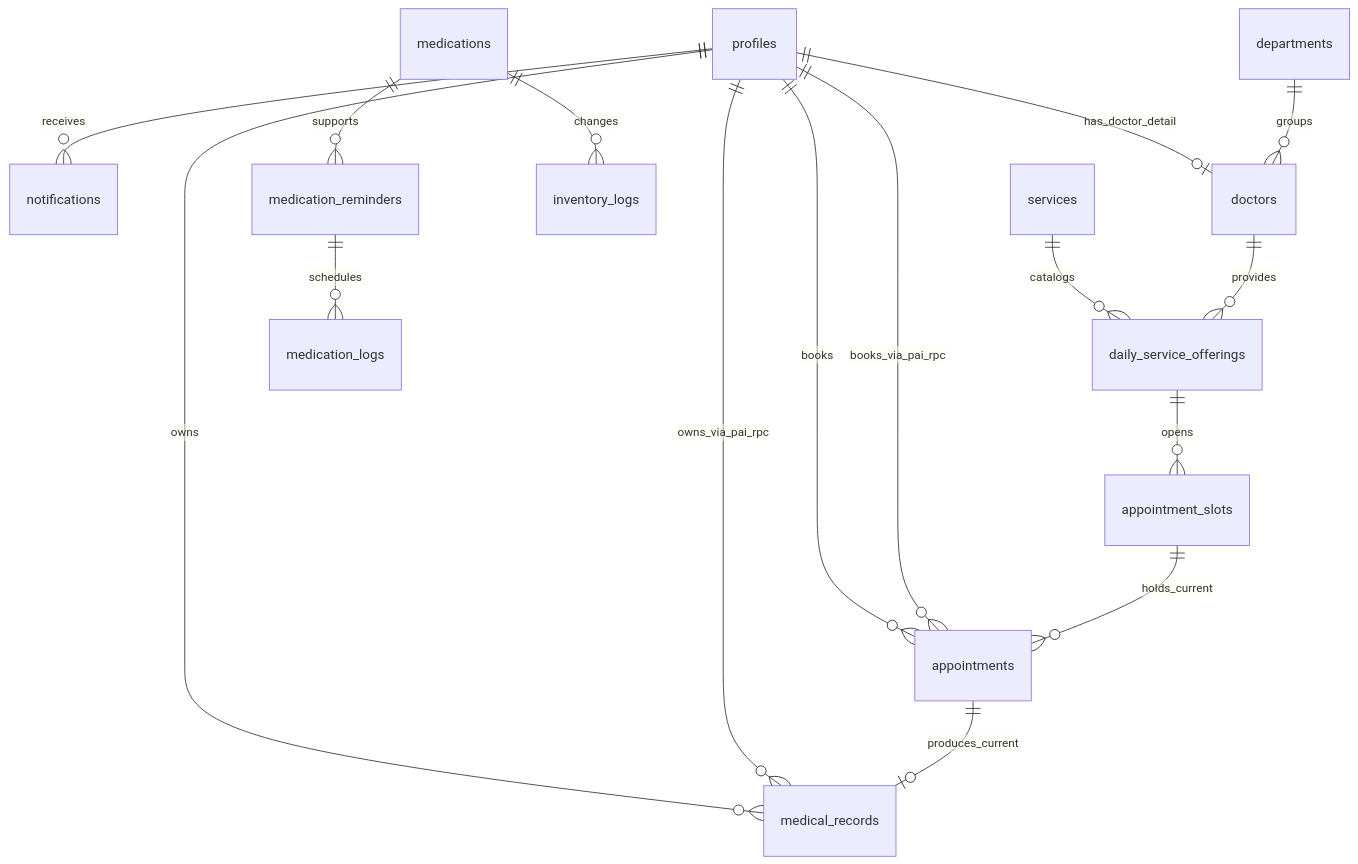
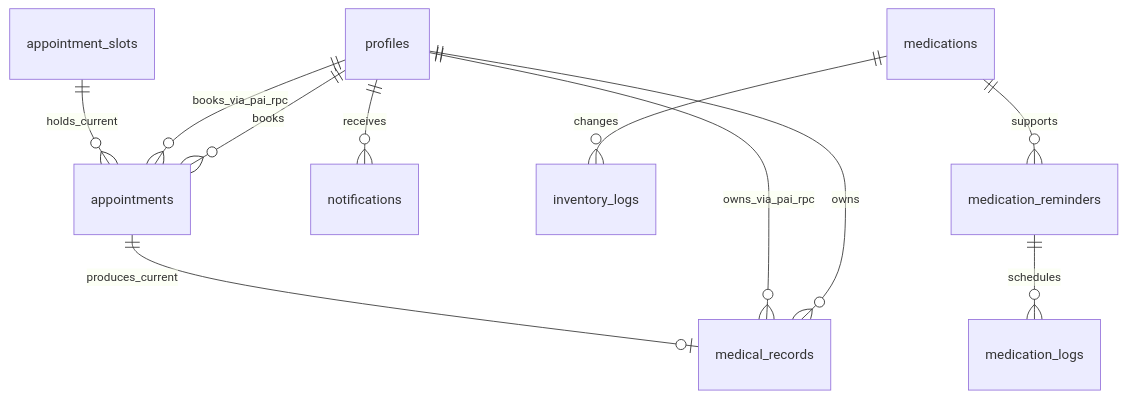
One commit to Supot77/UniClinic-App changed the diagram in docs/03_database_design_and_er.md. Above: the diagram before and after it, drawn with Mermaid. The commit also changed other lines of this file and 23 other files, not shown here.

Commit message:
refactor: remove weekly scheduling and document manual batch flow

````diff
--- a/docs/03_database_design_and_er.md
+++ b/docs/03_database_design_and_er.md
@@ -82,18 +78,13 @@
 ```mermaid
 erDiagram
     profiles ||--o{ appointments : books
     profiles ||--o{ medical_records : owns
     profiles ||--o{ appointments : books_via_pai_rpc
     profiles ||--o{ medical_records : owns_via_pai_rpc
     profiles ||--o{ notifications : receives
-    profiles ||--o| doctors : has_doctor_detail
-    departments ||--o{ doctors : groups
-    services ||--o{ daily_service_offerings : catalogs
-    doctors ||--o{ daily_service_offerings : provides
-    daily_service_offerings ||--o{ appointment_slots : opens
     appointment_slots ||--o{ appointments : holds_current
     appointments ||--o| medical_records : produces_current
     medications ||--o{ inventory_logs : changes
     medications ||--o{ medication_reminders : supports
     medication_reminders ||--o{ medication_logs : schedules
 ```
````
